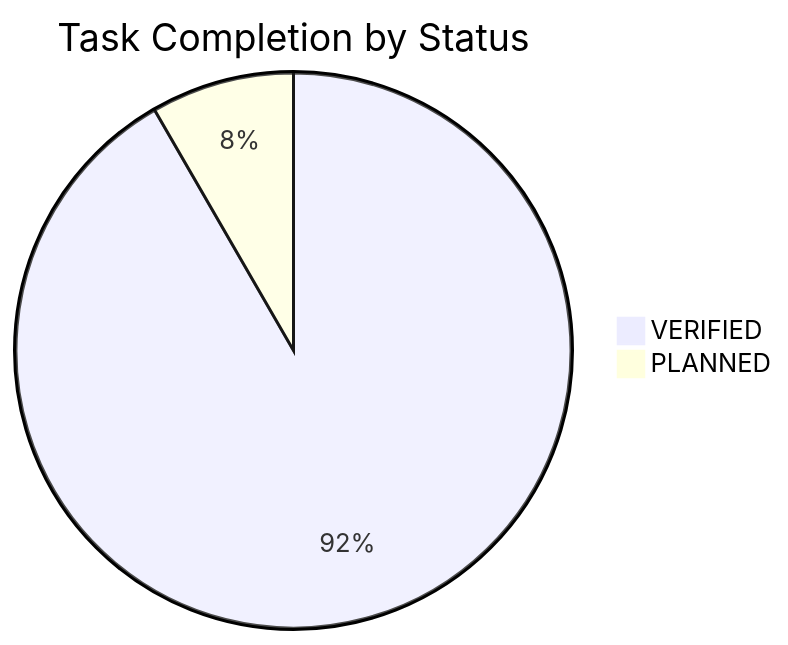
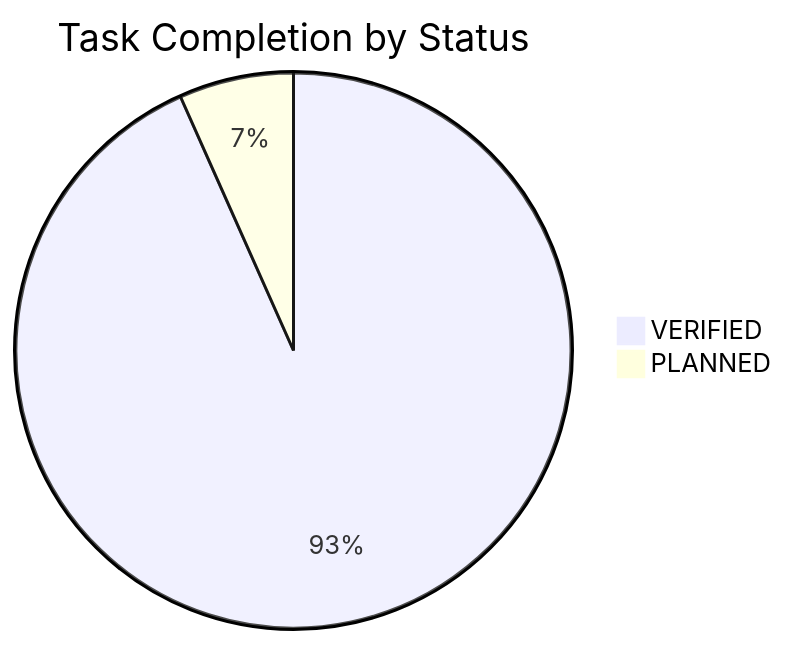
One commit to NguyenTriBaoThang/ClearWayAI changed the diagram in docs/TASK_BOARD.md. Above: the diagram before and after it, drawn with Mermaid. The commit also changed other lines of this file and 4 other files, not shown here.

````diff
--- a/docs/TASK_BOARD.md
+++ b/docs/TASK_BOARD.md
@@ -16,5 +16,5 @@
 ```mermaid
 pie title Task Completion by Status
-    "VERIFIED" : 55
-    "PLANNED" : 5
+    "VERIFIED" : 56
+    "PLANNED" : 4
 ```
````
